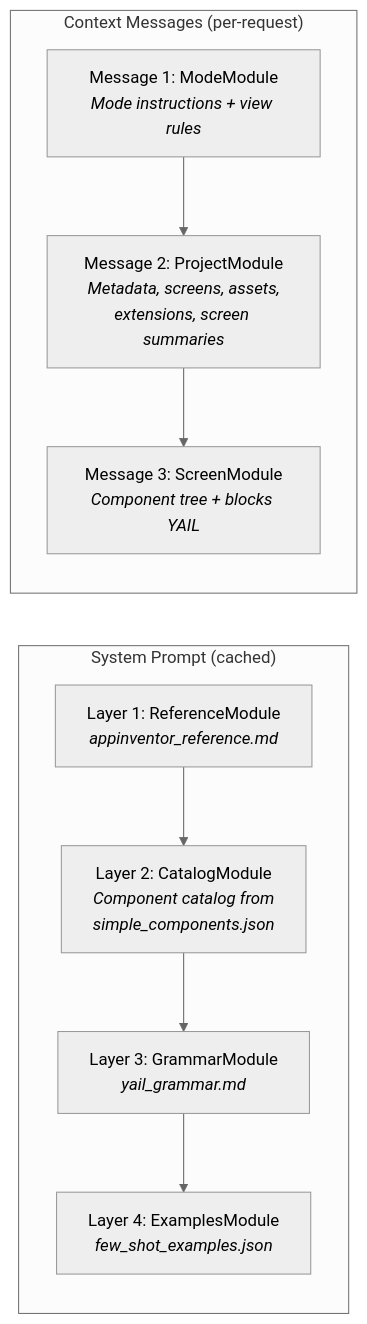
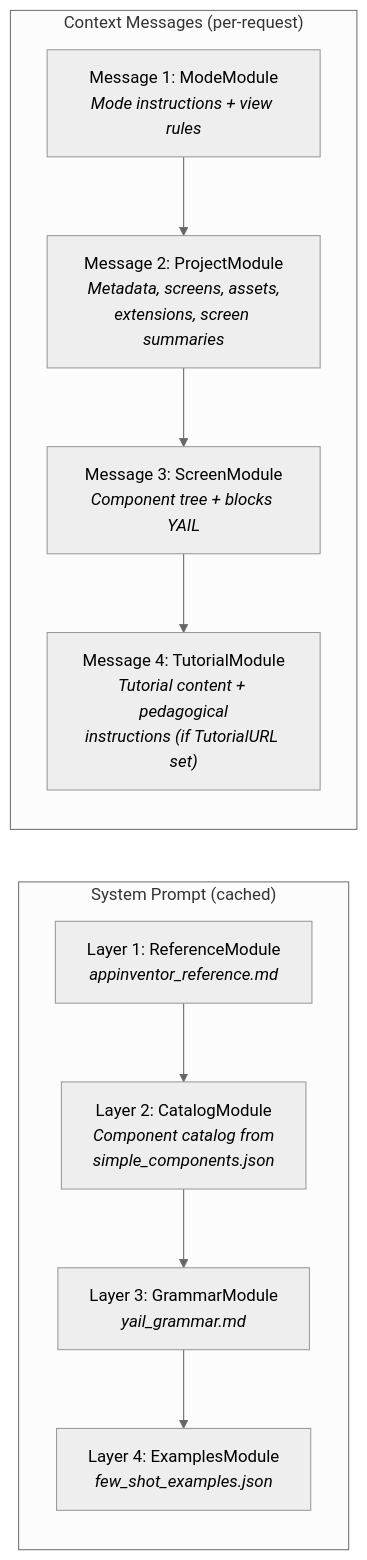
Before and after one commit to mit-cml/appinventor-sources: the second of 13 diagrams in CONTRIBUTING_AI.md, drawn with Mermaid (neutral theme). The commit also changed other lines of this file and 9 other files, not shown here.

````diff
--- a/CONTRIBUTING_AI.md
+++ b/CONTRIBUTING_AI.md
@@ -181,18 +184,19 @@
 ```mermaid
 flowchart LR
     subgraph "System Prompt (cached)"
         L1["Layer 1: ReferenceModule<br/><i>appinventor_reference.md</i>"]
         L2["Layer 2: CatalogModule<br/><i>Component catalog from<br/>simple_components.json</i>"]
         L3["Layer 3: GrammarModule<br/><i>yail_grammar.md</i>"]
         L4["Layer 4: ExamplesModule<br/><i>few_shot_examples.json</i>"]
     end
 
     subgraph "Context Messages (per-request)"
         M1["Message 1: ModeModule<br/><i>Mode instructions + view rules</i>"]
         M2["Message 2: ProjectModule<br/><i>Metadata, screens, assets,<br/>extensions, screen summaries</i>"]
         M3["Message 3: ScreenModule<br/><i>Component tree + blocks YAIL</i>"]
+        M4["Message 4: TutorialModule<br/><i>Tutorial content + pedagogical<br/>instructions (if TutorialURL set)</i>"]
     end
 
     L1 --> L2 --> L3 --> L4
-    M1 --> M2 --> M3
+    M1 --> M2 --> M3 --> M4
 ```
````
